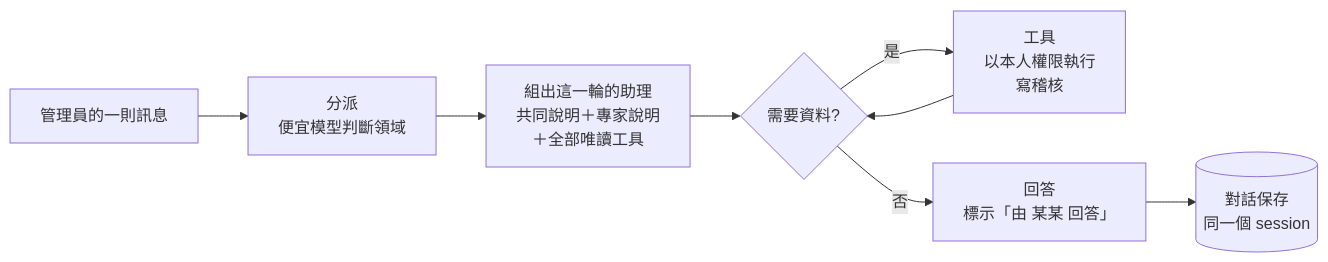
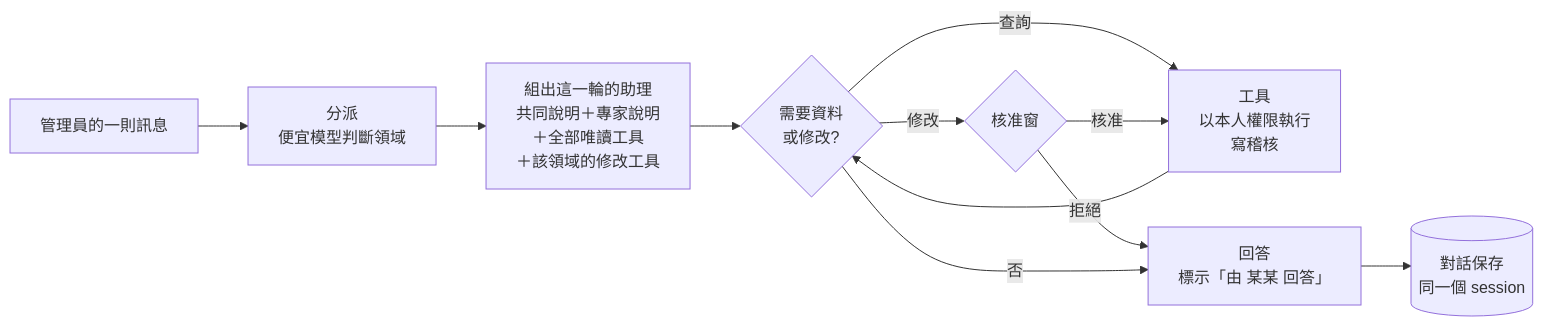
Before and after one commit to vulcanlee/NET10-Blazor-Starter: the diagram in docs/features/系統管理助理.md, drawn with Mermaid. The commit also changed other lines of this file and 38 other files, not shown here.

````diff
--- a/docs/features/系統管理助理.md
+++ b/docs/features/系統管理助理.md
@@ -148,10 +174,13 @@
 ```mermaid
 flowchart LR
     U[管理員的一則訊息] --> R[分派<br/>便宜模型判斷領域]
-    R --> T[組出這一輪的助理<br/>共同說明＋專家說明<br/>＋全部唯讀工具]
-    T --> A{需要資料?}
-    A -- 是 --> TL[工具<br/>以本人權限執行<br/>寫稽核]
+    R --> T[組出這一輪的助理<br/>共同說明＋專家說明<br/>＋全部唯讀工具<br/>＋該領域的修改工具]
+    T --> A{需要資料<br/>或修改?}
+    A -- 查詢 --> TL[工具<br/>以本人權限執行<br/>寫稽核]
+    A -- 修改 --> AP{核准窗}
+    AP -- 核准 --> TL
+    AP -- 拒絕 --> ANS
     TL --> A
     A -- 否 --> ANS[回答<br/>標示「由 某某 回答」]
     ANS --> S[(對話保存<br/>同一個 session)]
 ```
````
